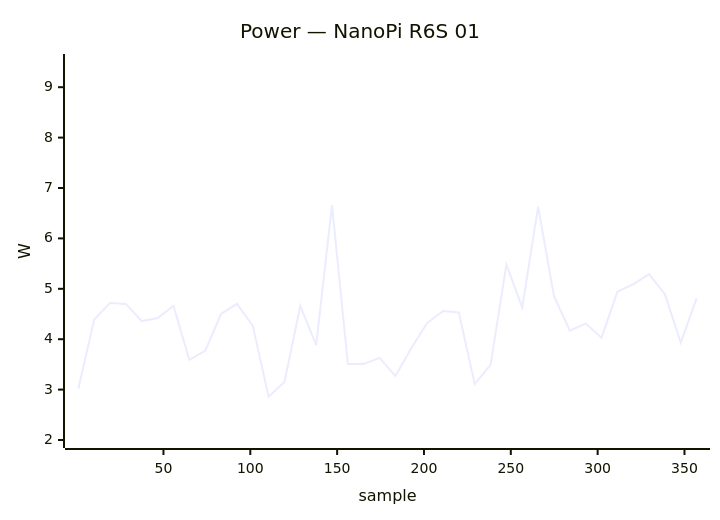
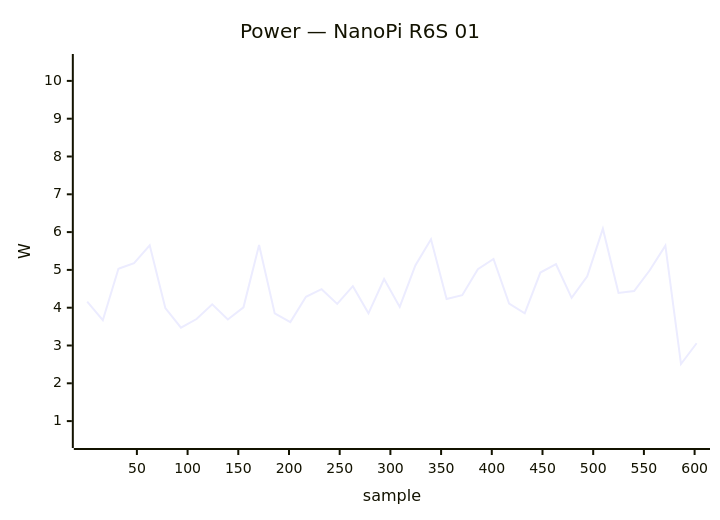
Before and after one commit to armbian/documentation: the tenth of 25 diagrams in docs/status/board-tests.md, drawn with Mermaid. The commit also changed other lines of this file, not shown here.

````diff
--- a/docs/status/board-tests.md
+++ b/docs/status/board-tests.md
@@ -599,7 +605,7 @@
     ```mermaid
     xychart-beta
         title "Power — NanoPi R6S 01"
-        x-axis "sample" 1 --> 357
-        y-axis "W" 2.0 --> 9.5
-        line [3.02, 4.39, 4.72, 4.70, 4.36, 4.42, 4.66, 3.59, 3.77, 4.50, 4.70, 4.27, 2.86, 3.15, 4.66, 3.88, 6.66, 3.51, 3.51, 3.63, 3.27, 3.82, 4.32, 4.56, 4.53, 3.11, 3.49, 5.48, 4.63, 6.63, 4.86, 4.17, 4.31, 4.03, 4.94, 5.09, 5.29, 4.89, 3.93, 4.81]
+        x-axis "sample" 1 --> 602
+        y-axis "W" 0.5 --> 10.5
+        line [4.16, 3.67, 5.03, 5.18, 5.65, 3.99, 3.47, 3.70, 4.09, 3.69, 4.01, 5.66, 3.85, 3.62, 4.29, 4.49, 4.10, 4.57, 3.85, 4.76, 4.02, 5.12, 5.81, 4.23, 4.33, 5.02, 5.29, 4.11, 3.85, 4.93, 5.15, 4.26, 4.83, 6.09, 4.39, 4.44, 4.99, 5.64, 2.51, 3.06]
     ```
````
